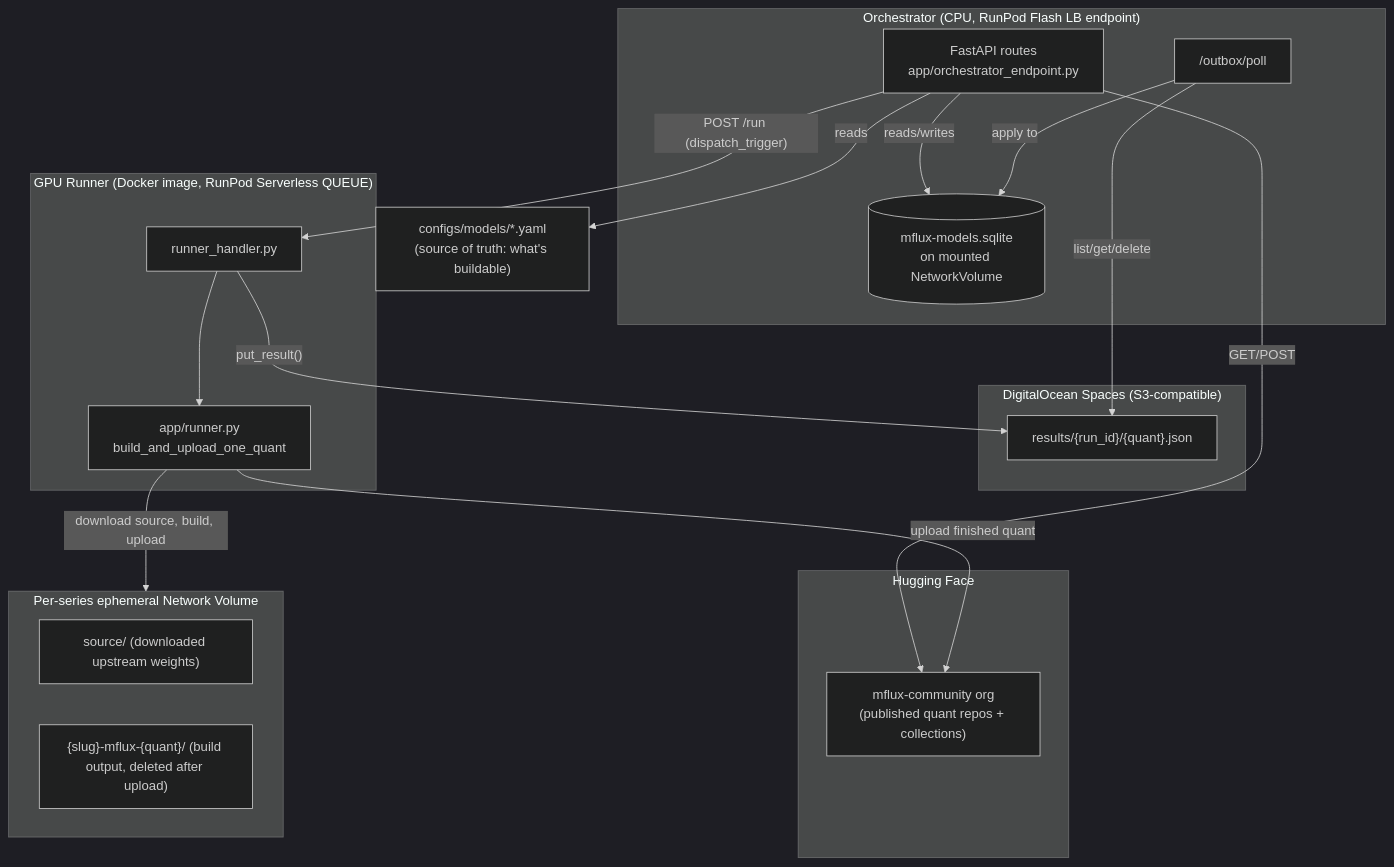
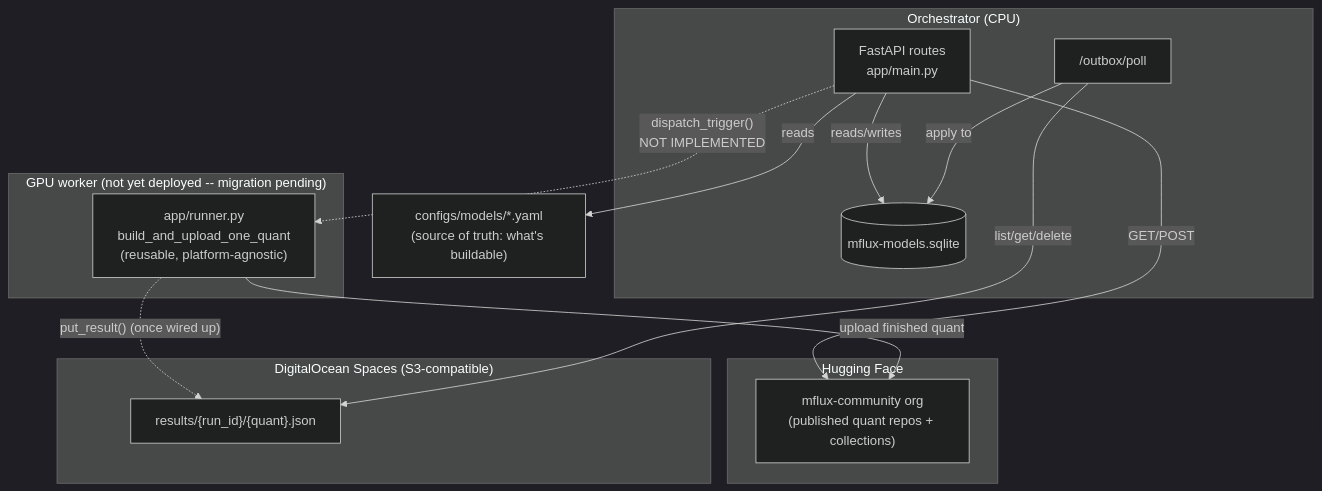
Before and after one commit to ianscrivener/mflux-runpod: the first of 2 diagrams in docs/ARCHITECTURE.md, drawn with Mermaid (dark theme). The commit also changed other lines of this file and 43 other files, not shown here.

Commit message:
swithc to HF GPU worker

````diff
--- a/docs/ARCHITECTURE.md
+++ b/docs/ARCHITECTURE.md
@@ -22,39 +30,31 @@
 ```mermaid
 flowchart TB
     subgraph HF["Hugging Face"]
         HFORG["mflux-community org<br/>(published quant repos + collections)"]
     end
 
-    subgraph Orch["Orchestrator (CPU, RunPod Flash LB endpoint)"]
-        API["FastAPI routes<br/>app/orchestrator_endpoint.py"]
-        DB[("mflux-models.sqlite<br/>on mounted NetworkVolume")]
+    subgraph Orch["Orchestrator (CPU)"]
+        API["FastAPI routes<br/>app/main.py"]
+        DB[("mflux-models.sqlite")]
         OutboxPoll["/outbox/poll"]
     end
 
     subgraph DO["DigitalOcean Spaces (S3-compatible)"]
         Outbox["results/{run_id}/{quant}.json"]
     end
 
-    subgraph Runner["GPU Runner (Docker image, RunPod Serverless QUEUE)"]
-        Handler["runner_handler.py"]
-        Build["app/runner.py<br/>build_and_upload_one_quant"]
-    end
-
-    subgraph Vol["Per-series ephemeral Network Volume"]
-        Source["source/ (downloaded upstream weights)"]
-        Artifacts["{slug}-mflux-{quant}/ (build output, deleted after upload)"]
+    subgraph Runner["GPU worker (not yet deployed -- migration pending)"]
+        Build["app/runner.py<br/>build_and_upload_one_quant<br/>(reusable, platform-agnostic)"]
     end
 
     Config["configs/models/*.yaml<br/>(source of truth: what's buildable)"]
 
     API -- "reads" --> Config
     API -- "GET/POST" --> HFORG
     API -- "reads/writes" --> DB
-    API -- "POST /run (dispatch_trigger)" --> Handler
-    Handler --> Build
-    Build -- "download source, build, upload" --> Vol
+    API -. "dispatch_trigger()<br/>NOT IMPLEMENTED" .-> Build
     Build -- "upload finished quant" --> HFORG
-    Handler -- "put_result()" --> Outbox
+    Build -. "put_result() (once wired up)" .-> Outbox
     OutboxPoll -- "list/get/delete" --> Outbox
     OutboxPoll -- "apply to" --> DB
 ```
````
